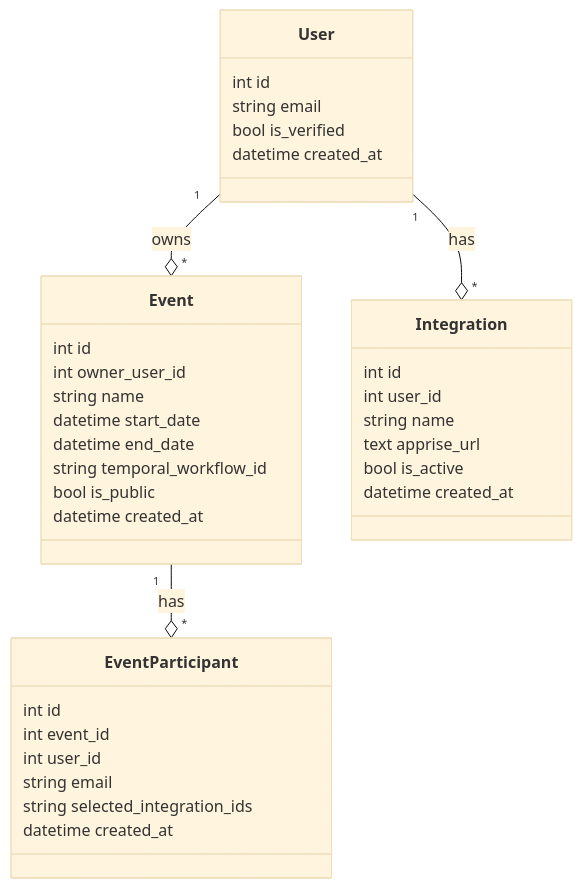
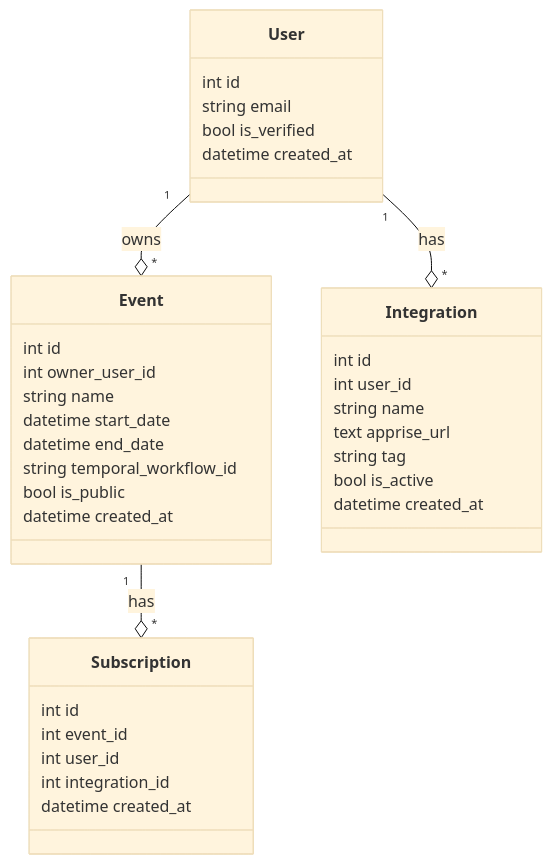
One commit to pypeaday/soonish changed the second of 10 diagrams in docs/reimplementation-plan.md. Above: the diagram before and after it, drawn with Mermaid (base theme). The commit also changed other lines of this file and 5 other files, not shown here.

````diff
--- a/docs/reimplementation-plan.md
+++ b/docs/reimplementation-plan.md
@@ -66,38 +59,38 @@
 ```mermaid
 classDiagram
   class User {
     int id
     string email
     bool is_verified
     datetime created_at
   }
   class Event {
     int id
     int owner_user_id
     string name
     datetime start_date
     datetime end_date
     string temporal_workflow_id
     bool is_public
     datetime created_at
   }
-  class EventParticipant {
+  class Subscription {
     int id
     int event_id
     int user_id
-    string email
-    string selected_integration_ids
+    int integration_id
     datetime created_at
   }
   class Integration {
     int id
     int user_id
     string name
     text apprise_url
+    string tag
     bool is_active
     datetime created_at
   }
   User "1" --o "*" Event: owns
-  Event "1" --o "*" EventParticipant: has
+  Event "1" --o "*" Subscription: has
   User "1" --o "*" Integration: has
 ```
````
